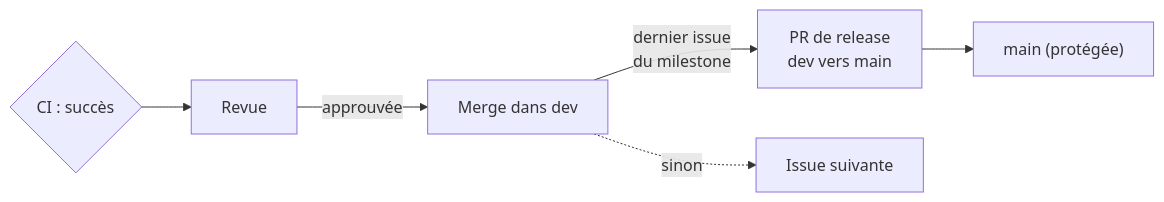
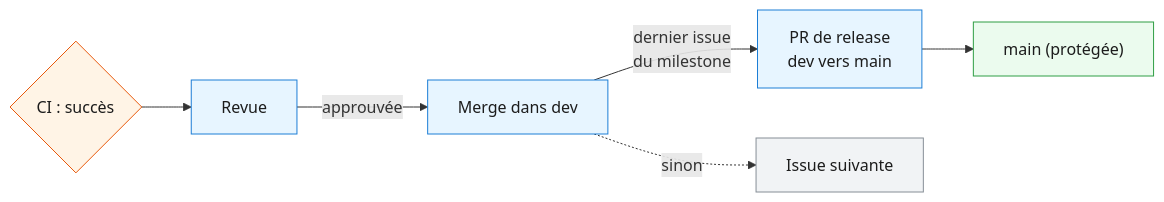
Before and after one commit to alaugier/datacore: the second of 2 diagrams in docs/architecture/supervision_projet.md, drawn with Mermaid. The commit also changed other lines of this file and 13 other files, not shown here.

````diff
--- a/docs/architecture/supervision_projet.md
+++ b/docs/architecture/supervision_projet.md
@@ -351,8 +355,14 @@
 ```mermaid
 flowchart LR
     CI2{"CI : succès"} --> REVIEW["Revue"]
     REVIEW -->|"approuvée"| MERGE["Merge dans dev"]
     MERGE -->|"dernier issue<br/>du milestone"| RELEASE["PR de release<br/>dev vers main"]
     RELEASE --> MAINB["main (protégée)"]
     MERGE -.->|"sinon"| NEXT["Issue suivante"]
+    style CI2 fill:#fff4e6,stroke:#e8590c,color:#1c1c1c
+    style REVIEW fill:#e7f5ff,stroke:#1c7ed6,color:#1c1c1c
+    style MERGE fill:#e7f5ff,stroke:#1c7ed6,color:#1c1c1c
+    style RELEASE fill:#e7f5ff,stroke:#1c7ed6,color:#1c1c1c
+    style MAINB fill:#ebfbee,stroke:#2f9e44,color:#1c1c1c
+    style NEXT fill:#f1f3f5,stroke:#868e96,color:#1c1c1c
 ```
````
